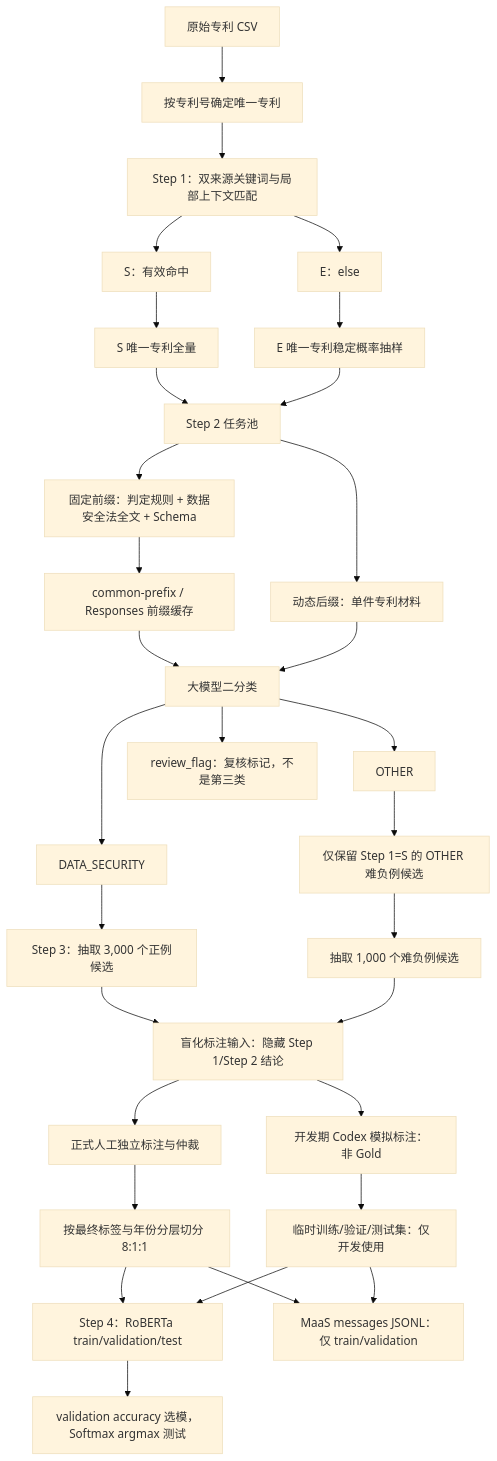
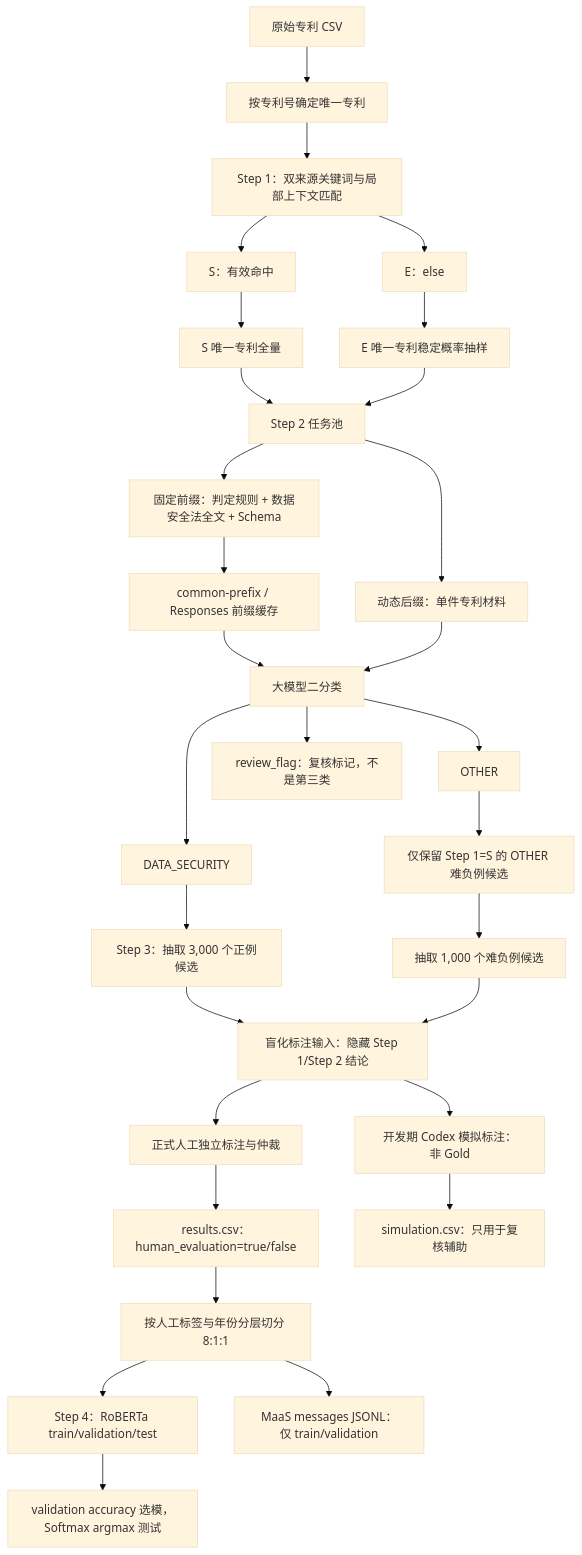
Before and after one commit to icy-swan/patent-data-security: the diagram in docs/patent_identification_methodology.md, drawn with Mermaid (base theme). The commit also changed other lines of this file and 2 other files, not shown here.

````diff
--- a/docs/patent_identification_methodology.md
+++ b/docs/patent_identification_methodology.md
@@ -74,33 +74,32 @@
 ```mermaid
 flowchart TB
     A["原始专利 CSV"] --> DEDUP["按专利号确定唯一专利"]
     DEDUP --> K["Step 1：双来源关键词与局部上下文匹配"]
     K --> S["S：有效命中"]
     K --> E["E：else"]
     S --> SA["S 唯一专利全量"]
     E --> ES["E 唯一专利稳定概率抽样"]
     SA --> Q["Step 2 任务池"]
     ES --> Q
     Q --> P["固定前缀：判定规则 + 数据安全法全文 + Schema"]
     Q --> X["动态后缀：单件专利材料"]
     P --> CACHE["common-prefix / Responses 前缀缓存"]
     CACHE --> LLM["大模型二分类"]
     X --> LLM
     LLM --> DS["DATA_SECURITY"]
     LLM --> O["OTHER"]
     LLM --> REVIEW["review_flag：复核标记，不是第三类"]
     DS --> POS["Step 3：抽取 3,000 个正例候选"]
     O --> HARD["仅保留 Step 1=S 的 OTHER 难负例候选"]
     HARD --> NEG["抽取 1,000 个难负例候选"]
     POS --> BLIND["盲化标注输入：隐藏 Step 1/Step 2 结论"]
     NEG --> BLIND
     BLIND --> HUMAN["正式人工独立标注与仲裁"]
     BLIND --> CODEX["开发期 Codex 模拟标注：非 Gold"]
-    HUMAN --> SPLIT["按最终标签与年份分层切分 8:1:1"]
-    CODEX --> PSPLIT["临时训练/验证/测试集：仅开发使用"]
+    HUMAN --> RESULTS["results.csv：human_evaluation=true/false"]
+    CODEX --> SIMULATION["simulation.csv：只用于复核辅助"]
+    RESULTS --> SPLIT["按人工标签与年份分层切分 8:1:1"]
     SPLIT --> RDATA["Step 4：RoBERTa train/validation/test"]
-    PSPLIT --> RDATA
     RDATA --> ROBERTA["validation accuracy 选模，Softmax argmax 测试"]
     SPLIT --> SFT["MaaS messages JSONL：仅 train/validation"]
-    PSPLIT --> SFT
 ```
````
